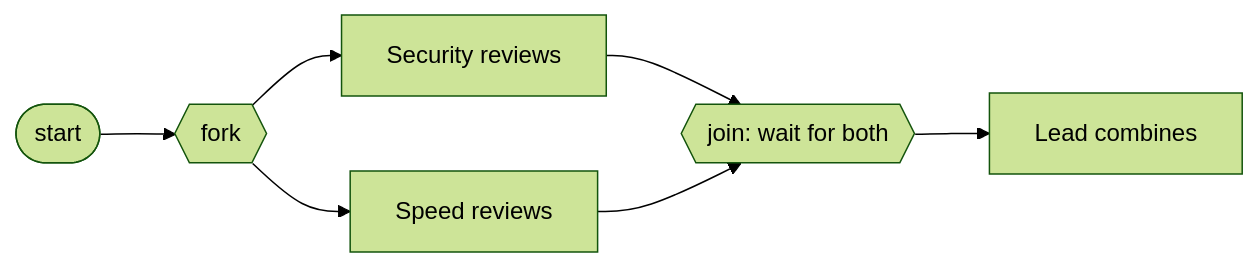
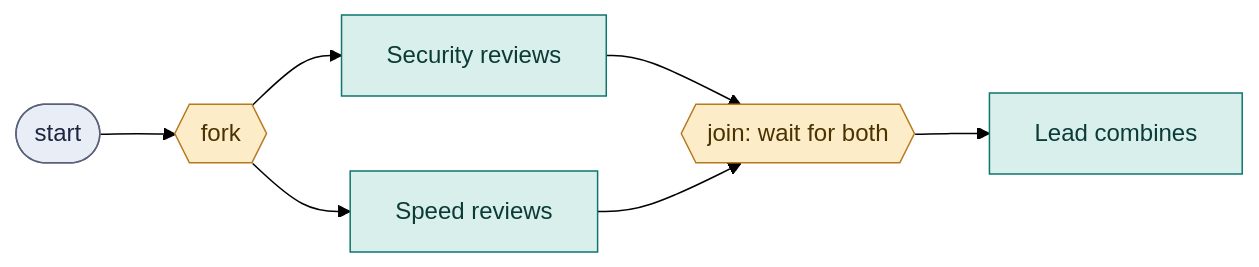
Before and after one commit to srijithunni7182/llm4j: the fourth of 4 diagrams in docs/tutorial/04-control-flow.md, drawn with Mermaid (forest theme). The commit also changed other lines of this file and 13 other files, not shown here.

First line of the commit message:
docs: give the tutorial's diagrams meaningful colours

````diff
--- a/docs/tutorial/04-control-flow.md
+++ b/docs/tutorial/04-control-flow.md
@@ -219,9 +233,15 @@
 ```mermaid
 flowchart LR
   S(["start"]) --> F{{"fork"}}
   F --> A["Security reviews"]
   F --> B["Speed reviews"]
   A --> J{{"join: wait for both"}}
   B --> J
   J --> L["Lead combines"]
+  classDef step fill:#d9efec,stroke:#0f766e,color:#0b3b37
+  classDef decision fill:#fdecc8,stroke:#b7791f,color:#4a3300
+  classDef edge fill:#e9edf5,stroke:#5a6078,color:#1f2540
+  class A,B,L step
+  class F,J decision
+  class S edge
 ```
````
